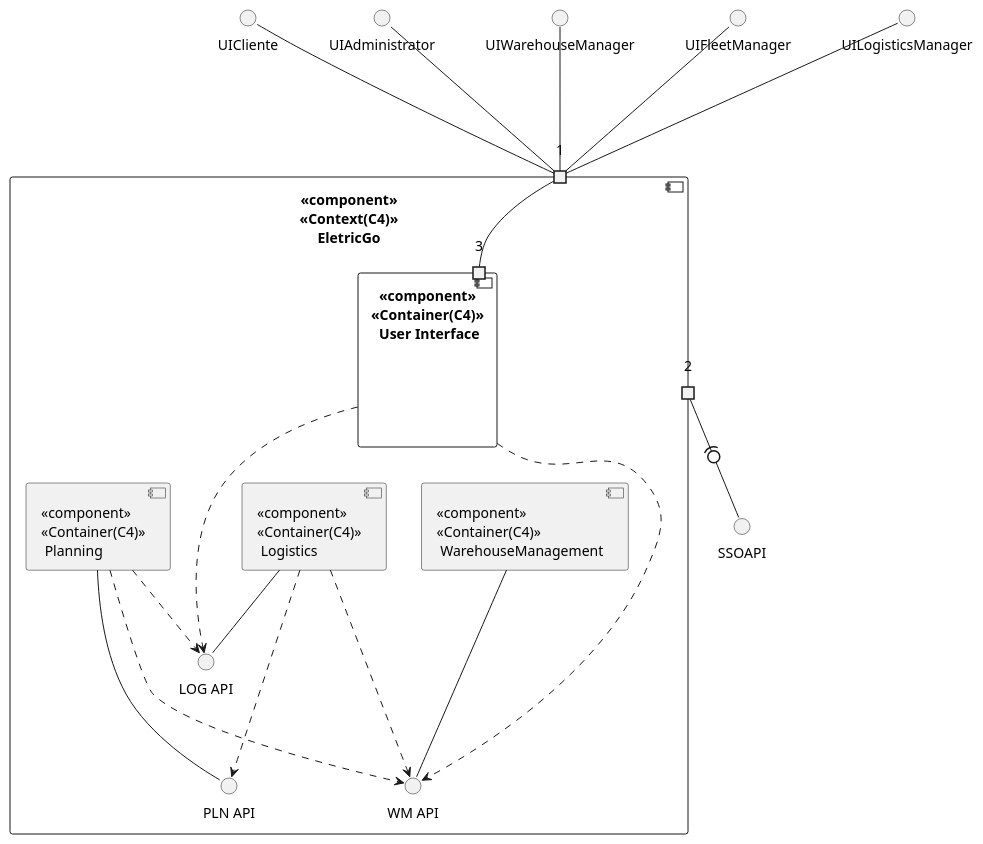
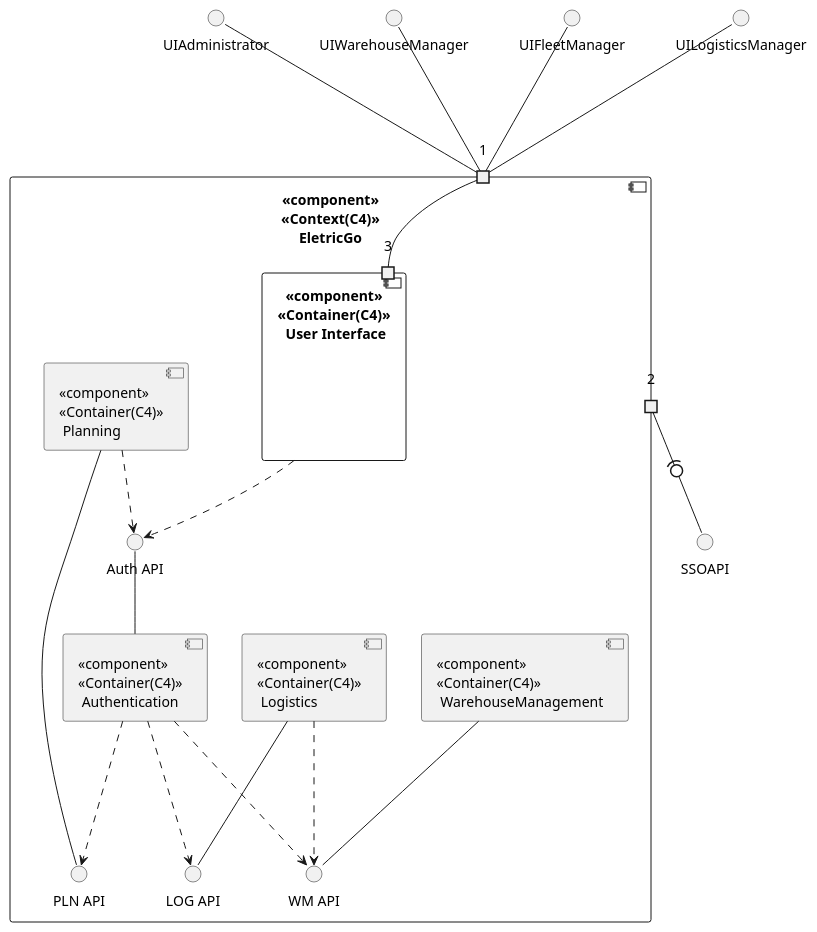
One commit to 0franciscor/dei_3dj_057 changed the diagram in Documents/Deployment Diagrams/Level 2 - Container/Logical View/Level 2 - Logic View.puml. Above: the diagram before and after it, drawn with PlantUML. The commit also changed 121 other files, not shown here.

```diff
--- a/Documents/Deployment Diagrams/Level 2 - Container/Logical View/Level 2 - Logic View.puml
+++ b/Documents/Deployment Diagrams/Level 2 - Container/Logical View/Level 2 - Logic View.puml
@@ -2,45 +2,47 @@
-@startuml
+@startuml Level 2 - Logic View
 component "<<component>>\n<<Context(C4)>>\nEletricGo" as c2 {
   component "<<component>>\n<<Container(C4)>>\n User Interface" as UI{
         portin 3
   }
+  component "<<component>>\n<<Container(C4)>>\n Authentication" as AUTH
   component "<<component>>\n<<Container(C4)>>\n WarehouseManagement" as WMNG
   component "<<component>>\n<<Container(C4)>>\n Logistics" as LG
   component "<<component>>\n<<Container(C4)>>\n Planning" as PL
-  interface "WM API" as WM
-  interface "LOG API" as LOG
-  interface "PLN API" as PLN
+  interface "Auth API" as AUTHAPI
+  interface "WM API" as WMAPI
+  interface "LOG API" as LOGAPI
+  interface "PLN API" as PLNAPI
   portin 1
   portout 2
 
 }
 
-interface UICliente as CL
 interface UIAdministrator as ADM
 interface UIWarehouseManager as MNG
 interface UIFleetManager as FMNG
 interface UILogisticsManager as LMNG
 
-CL --- 1
 ADM --- 1
 MNG --- 1
 FMNG --- 1
 LMNG --- 1
 
 2 -(0- SSOAPI
 
 3--1
 
+AUTHAPI -- AUTH
+LG -- LOGAPI
+WMNG --- WMAPI
+UI ..> AUTHAPI
+PL ..> AUTHAPI
+LG ...> WMAPI
+PL --- PLNAPI
 
-LG -- LOG
-UI ...> LOG
-WMNG --- WM
-UI ...> WM
-PL ..> WM
-LG ...> WM
-PL --- PLN
-PL ..> LOG
-LG ...> PLN
+
+AUTH ...> LOGAPI
+AUTH ...> PLNAPI
+AUTH ...> WMAPI
 
 
 @enduml
```
